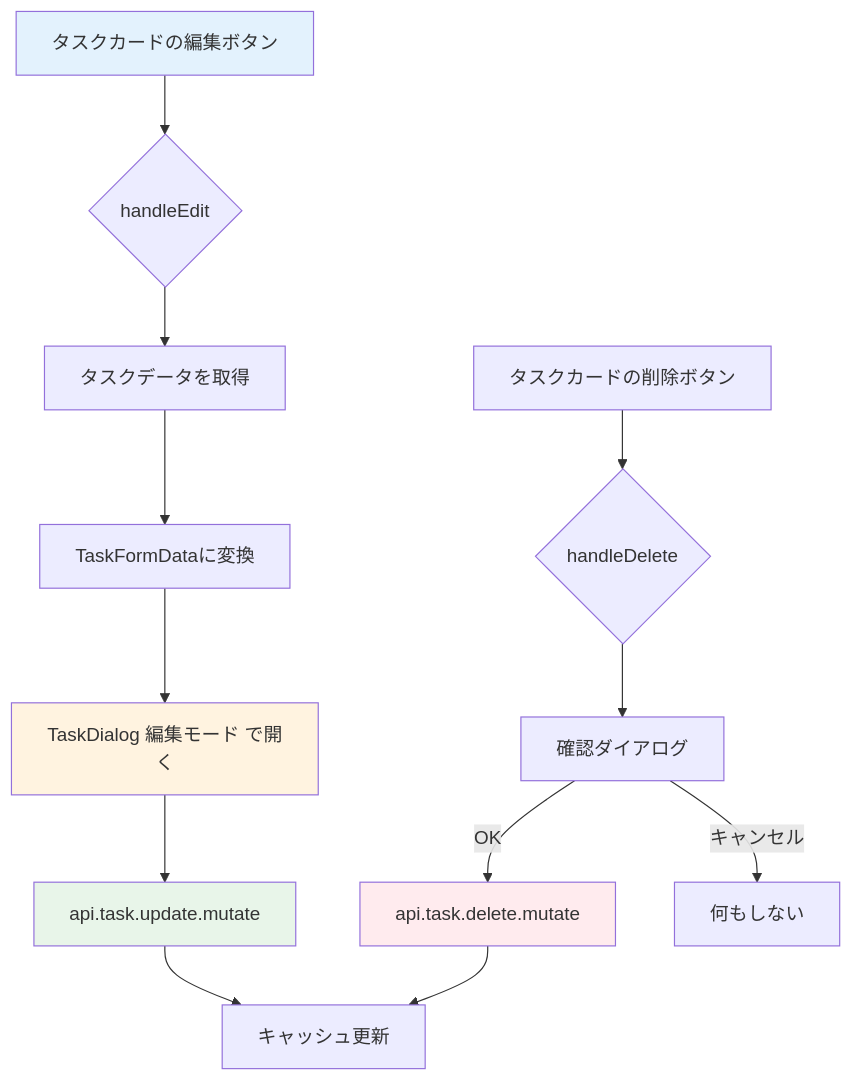
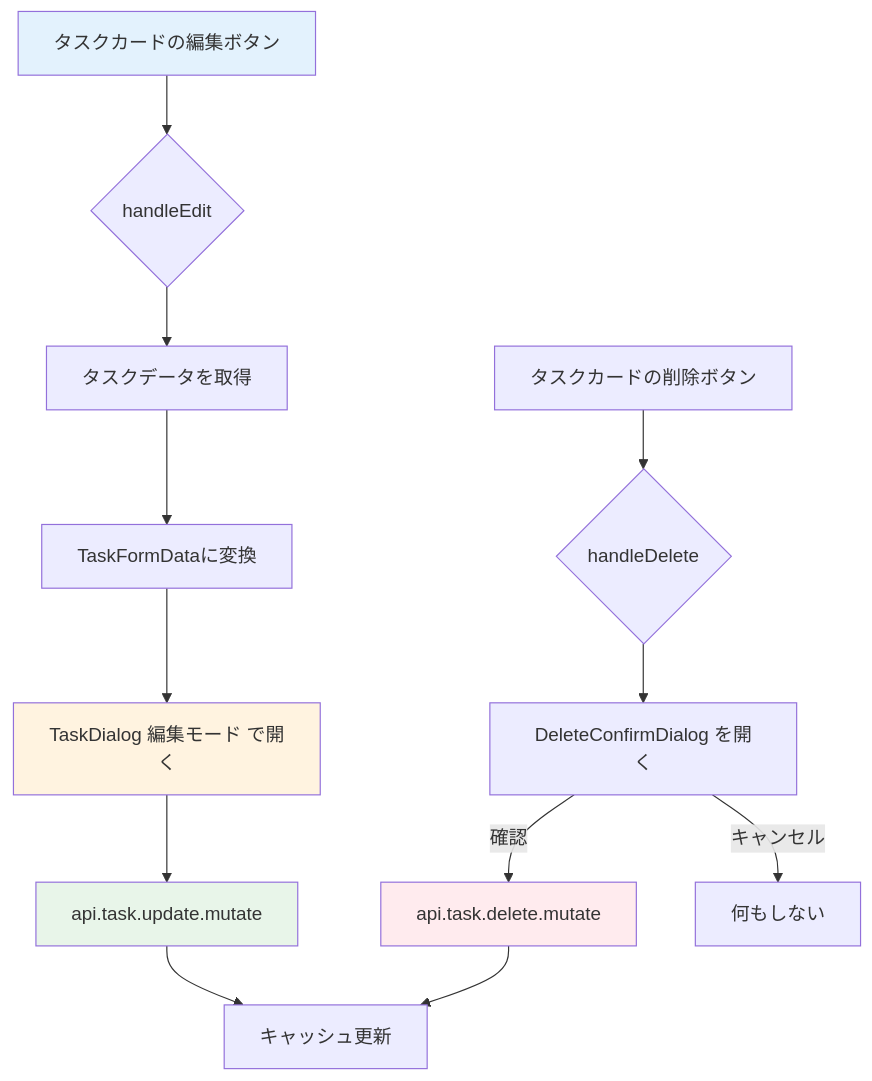
The diagram in material/30days-curriculum/day15_タスク編集・削除.md (kouiso/task-app), drawn with Mermaid before and after one commit. The commit also changed other lines of this file and 2 other files, not shown here.

````diff
--- a/material/30days-curriculum/day15_タスク編集・削除.md
+++ b/material/30days-curriculum/day15_タスク編集・削除.md
@@ -25,20 +25,20 @@
 ```mermaid
 graph TD
     A[タスクカードの編集ボタン] --> B{handleEdit}
     B --> C[タスクデータを取得]
     C --> D[TaskFormDataに変換]
     D --> E[TaskDialog 編集モード で開く]
     E --> F[api.task.update.mutate]
     F --> G[キャッシュ更新]
 
     H[タスクカードの削除ボタン] --> I{handleDelete}
-    I --> J[確認ダイアログ]
-    J -->|OK| K[api.task.delete.mutate]
+    I --> J[DeleteConfirmDialog を開く]
+    J -->|確認| K[api.task.delete.mutate]
     J -->|キャンセル| L[何もしない]
     K --> G
 
     style A fill:#e3f2fd
     style E fill:#fff3e0
     style F fill:#e8f5e9
     style K fill:#ffebee
 ```
````
